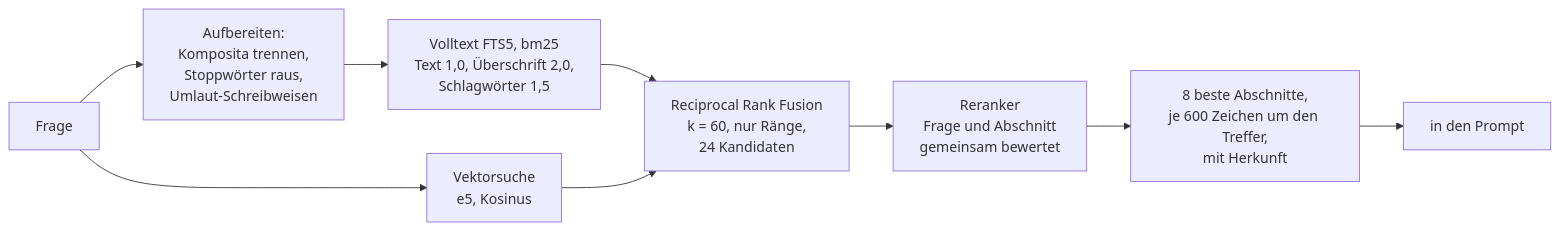
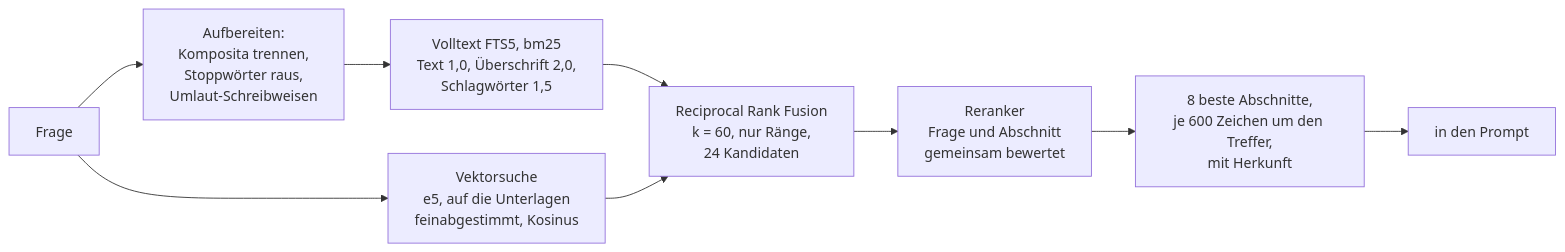
One commit to DG1001/kihiwi changed the fifth of 7 diagrams in ARCHITEKTUR.md. Above: the diagram before and after it, drawn with Mermaid. The commit also changed other lines of this file and 17 other files, not shown here.

First line of the commit message:
Einbettung auf die eigenen Unterlagen feinabgestimmt, Bilder beim Original

````diff
--- a/ARCHITEKTUR.md
+++ b/ARCHITEKTUR.md
@@ -210,11 +210,11 @@
 ```mermaid
 flowchart LR
   F["Frage"] --> P["Aufbereiten:<br>Komposita trennen,<br>Stoppwörter raus,<br>Umlaut-Schreibweisen"]
   P --> V1["Volltext FTS5, bm25<br>Text 1,0, Überschrift 2,0,<br>Schlagwörter 1,5"]
-  F --> V2["Vektorsuche<br>e5, Kosinus"]
+  F --> V2["Vektorsuche<br>e5, auf die Unterlagen<br>feinabgestimmt, Kosinus"]
   V1 --> RRF["Reciprocal Rank Fusion<br>k = 60, nur Ränge,<br>24 Kandidaten"]
   V2 --> RRF
   RRF --> RR["Reranker<br>Frage und Abschnitt<br>gemeinsam bewertet"]
   RR --> AUS["8 beste Abschnitte,<br>je 600 Zeichen um den Treffer,<br>mit Herkunft"]
   AUS --> PR["in den Prompt"]
 ```
````
